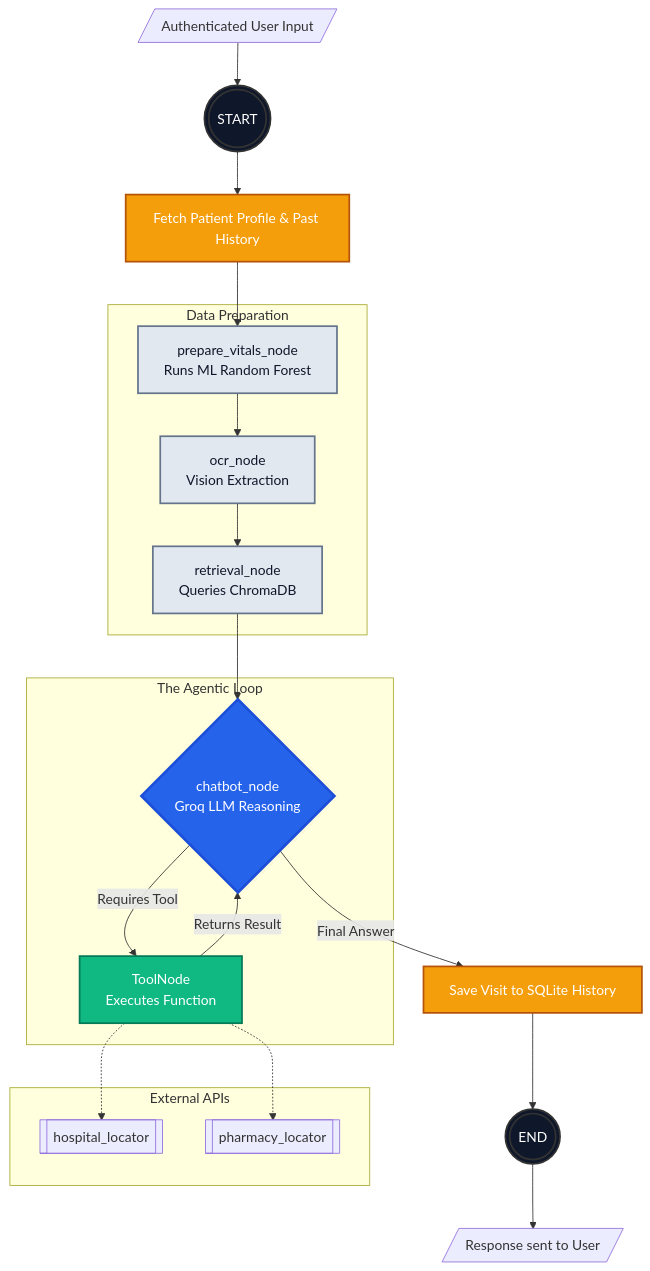
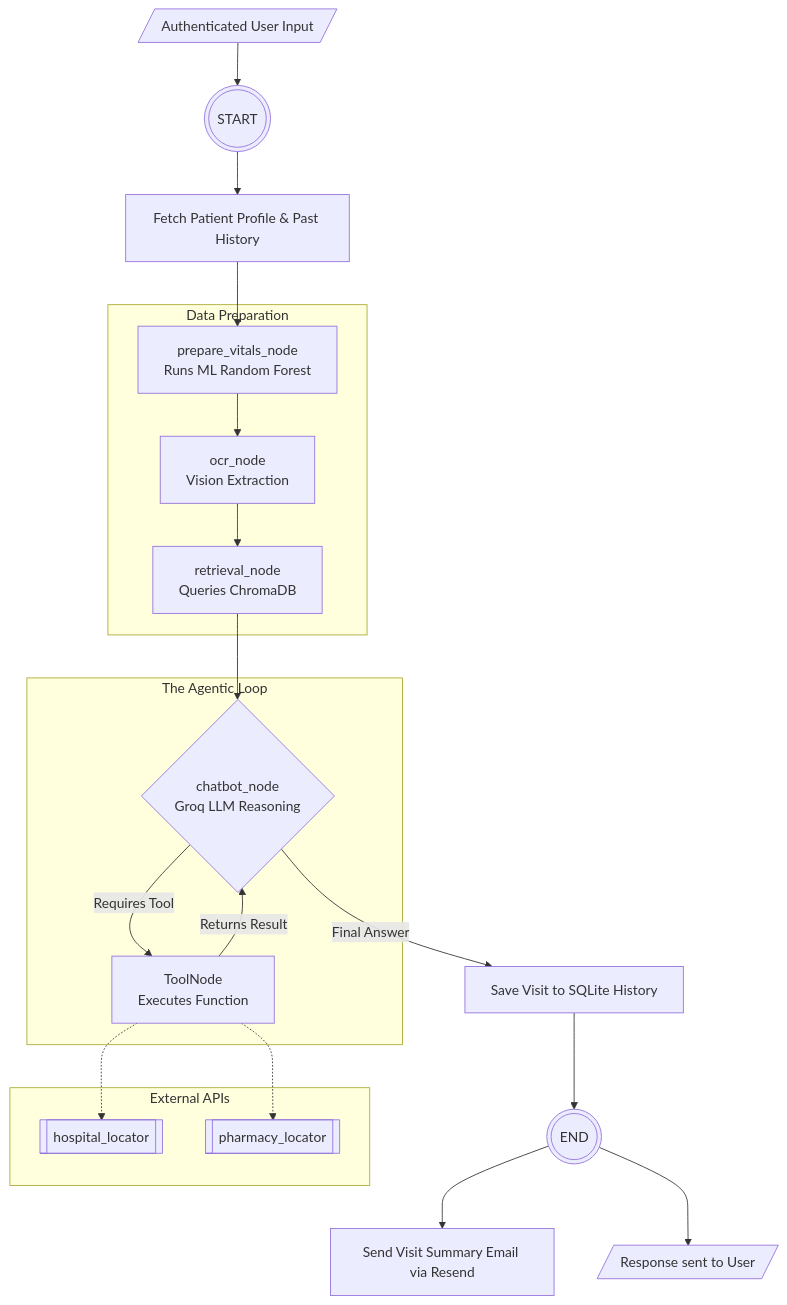
Before and after one commit to mahaveer0738/fyp-health-app: the diagram in README.md, drawn with Mermaid. The commit also changed 1 other file, not shown here.

Commit message:
docs: Remove custom Mermaid coloring and add email step to diagrams

````diff
--- a/README.md
+++ b/README.md
@@ -45,44 +45,41 @@
 ```mermaid
 graph TD
-    classDef startend fill:#0f172a,stroke:#333,stroke-width:2px,color:white;
-    classDef datanode fill:#e2e8f0,stroke:#64748b,stroke-width:2px,color:#0f172a;
-    classDef agentnode fill:#2563eb,stroke:#1d4ed8,stroke-width:3px,color:white;
-    classDef toolnode fill:#10b981,stroke:#047857,stroke-width:2px,color:white;
-    classDef db fill:#f59e0b,stroke:#b45309,stroke-width:2px,color:white;
-
     %% Entry
     Input[/Authenticated User Input/] --> START(((START)))
-    START:::startend --> AuthCheck
+    START --> AuthCheck
 
-    AuthCheck[Fetch Patient Profile & Past History]:::db --> N1
+    AuthCheck[Fetch Patient Profile & Past History] --> N1
 
     %% Sequential Data Prep Pipeline
     subgraph "Data Preparation"
-        N1[prepare_vitals_node<br>Runs ML Random Forest]:::datanode --> N2
-        N2[ocr_node<br>Vision Extraction]:::datanode --> N3
-        N3[retrieval_node<br>Queries ChromaDB]:::datanode
+        N1[prepare_vitals_node<br>Runs ML Random Forest] --> N2
+        N2[ocr_node<br>Vision Extraction] --> N3
+        N3[retrieval_node<br>Queries ChromaDB]
     end
 
     N3 --> N4
 
     %% The ReAct Agent Loop
     subgraph "The Agentic Loop"
-        N4{chatbot_node<br>Groq LLM Reasoning}:::agentnode
-        N4 -- "Requires Tool" --> N5[ToolNode<br>Executes Function]:::toolnode
+        N4{chatbot_node<br>Groq LLM Reasoning}
+        N4 -- "Requires Tool" --> N5[ToolNode<br>Executes Function]
         N5 -- "Returns Result" --> N4
     end
 
     %% Exit
     N4 -- "Final Answer" --> SaveVisit
-    SaveVisit[Save Visit to SQLite History]:::db --> END(((END)))
-    END:::startend --> Output[/Response sent to User/]
+    SaveVisit[Save Visit to SQLite History] --> END(((END)))
+    
+    %% Post-Graph Processes
+    END --> Email[Send Visit Summary Email via Resend]
+    END --> Output[/Response sent to User/]
 
     %% Tool Definitions
     subgraph "External APIs"
         T1[[hospital_locator]]
         T2[[pharmacy_locator]]
     end
     
     N5 -.-> T1
     N5 -.-> T2
 ```
````
